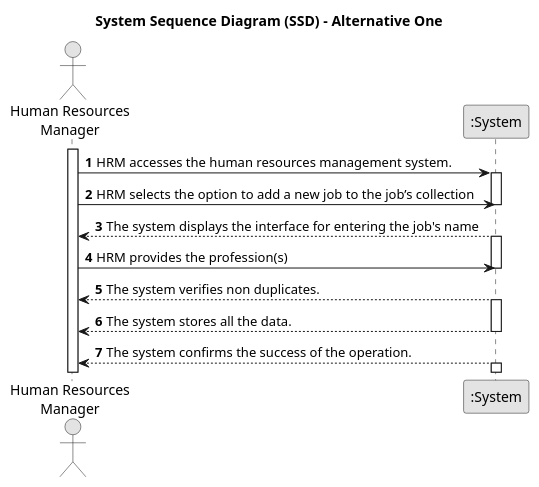
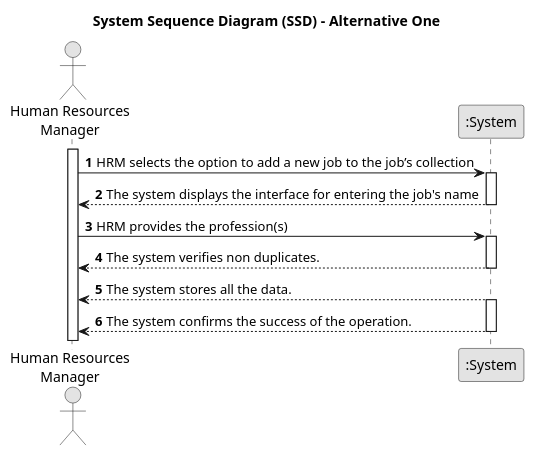
The diagram in docs/sprintA/us002/01.requirements-engineering/puml/us002-system-sequence-diagram-alternative-one.puml (SAEmanuel/Green_Spaces_Management_ISEP), drawn with PlantUML before and after one commit. The commit also changed 5 other files, not shown here.

```diff
--- a/docs/sprintA/us002/01.requirements-engineering/puml/us002-system-sequence-diagram-alternative-one.puml
+++ b/docs/sprintA/us002/01.requirements-engineering/puml/us002-system-sequence-diagram-alternative-one.puml
@@ -1,38 +1,36 @@
 @startuml
 skinparam monochrome true
 skinparam packageStyle rectangle
 skinparam shadowing false
 
 title System Sequence Diagram (SSD) - Alternative One
 
 autonumber
 
 actor "Human Resources\nManager" as HRM
 participant ":System" as System
 
 activate HRM
 
-    HRM -> System : HRM accesses the human resources management system.
+
+     HRM -> System : HRM selects the option to add a new job to the job’s collection
     activate System
 
-     HRM -> System : HRM selects the option to add a new job to the job’s collection
+        System --> HRM : The system displays the interface for entering the job's name
     deactivate System
 
-        System --> HRM : The system displays the interface for entering the job's name
+        HRM -> System : HRM provides the profession(s)
     activate System
 
-        HRM -> System : HRM provides the profession(s)
-    deactivate System
-
     System --> HRM : The system verifies non duplicates.
-        activate System
+        deactivate System
 
     System --> HRM : The system stores all the data.
-    deactivate System
+    activate System
 
         System --> HRM : The system confirms the success of the operation.
-    activate System
+    deactivate System
 
 
 
 @enduml
```
